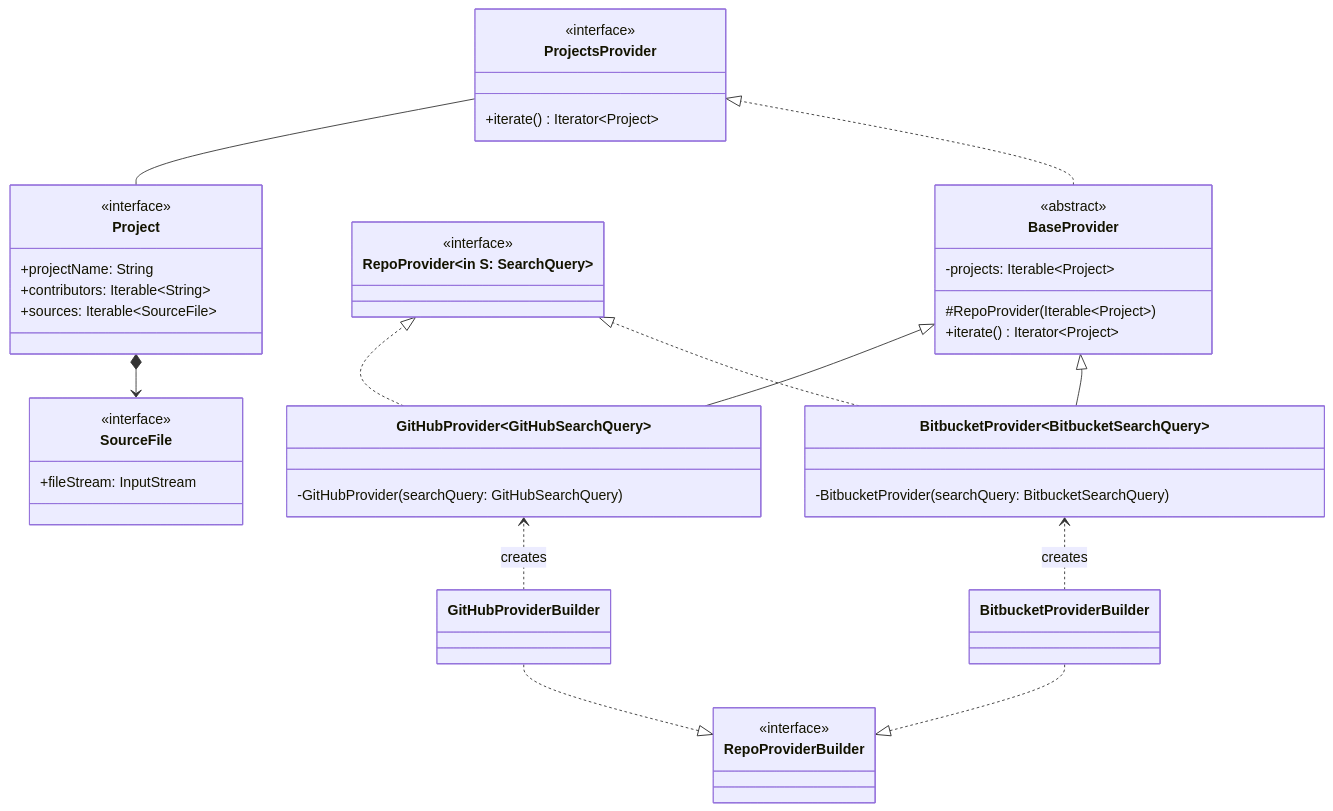
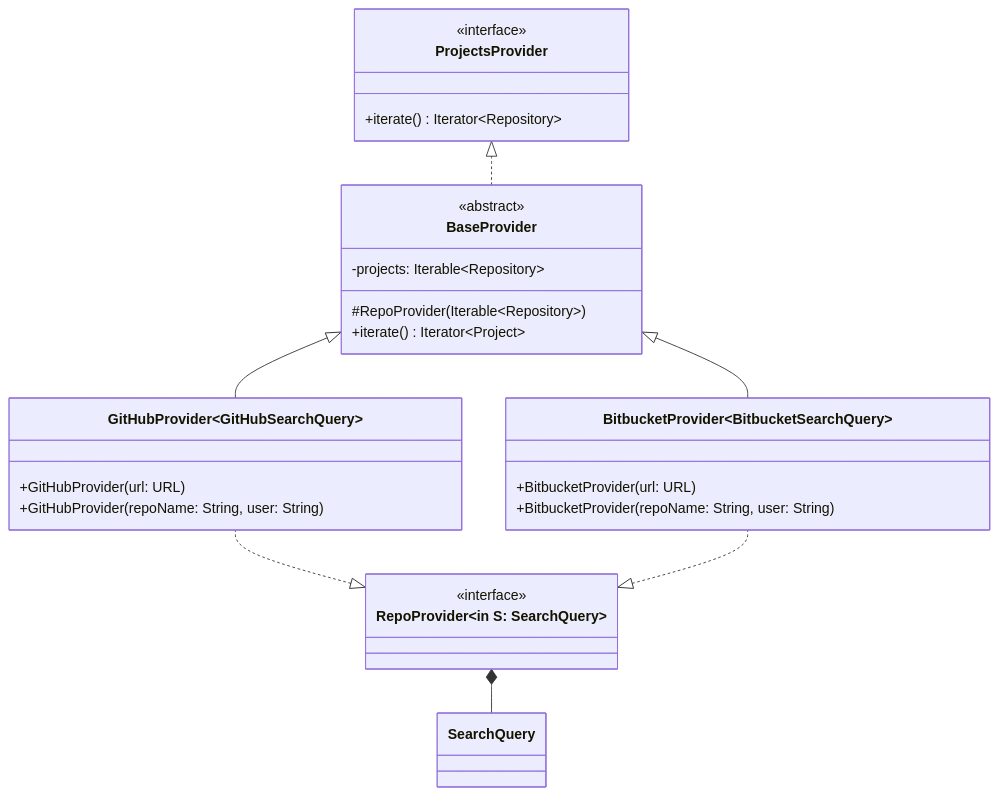
Before and after one commit to tassiLuca/code-plagiarism-detector-doc: the third of 8 diagrams in doc.md, drawn with Mermaid. The commit also changed other lines of this file, not shown here.

Commit message:
docs: add repository adapter, remove not useful comments

````diff
--- a/doc.md
+++ b/doc.md
@@ -122,56 +117,38 @@
 ```mermaid
 classDiagram
     direction BT
-    class Project {
-        <<interface>>
-        +projectName: String
-        +contributors: Iterable~String~
-        +sources: Iterable~SourceFile~
-    }
-    class SourceFile {
-        <<interface>>
-        +fileStream: InputStream
-    }
-    SourceFile <--* Project
 
     class ProjectsProvider {
         <<interface>>
+        +iterate() Iterator~Repository~
+    }
+
+    class BaseProvider {
+        <<abstract>>
+        -projects: Iterable~Repository~
+        #RepoProvider(Iterable~Repository~)
         +iterate() Iterator~Project~
     }
-    Project -- ProjectsProvider
+
+    class GitHubProvider~GitHubSearchQuery~ {
+        +GitHubProvider(url: URL)
+        +GitHubProvider(repoName: String, user: String)
+    }
+    class BitbucketProvider~BitbucketSearchQuery~ {
+        +BitbucketProvider(url: URL)
+        +BitbucketProvider(repoName: String, user: String)
+    }
+    BaseProvider ..|> ProjectsProvider
+    GitHubProvider --|> BaseProvider
+    BitbucketProvider --|> BaseProvider
 
     class RepoProvider~in S: SearchQuery~ {
         <<interface>>
     }
 
-    class GitHubProvider~GitHubSearchQuery~ {
-        -GitHubProvider(searchQuery: GitHubSearchQuery)
-    }
-    class BitbucketProvider~BitbucketSearchQuery~ {
-        -BitbucketProvider(searchQuery: BitbucketSearchQuery)
-    }
+    RepoProvider <|.. GitHubProvider
+    RepoProvider <|.. BitbucketProvider
 
-    GitHubProvider ..|> RepoProvider
-    BitbucketProvider ..|> RepoProvider
-
-    class BaseProvider {
-        <<abstract>>
-        -projects: Iterable~Project~
-        #RepoProvider(Iterable~Project~)
-        +iterate() Iterator~Project~
-    }
-    
-    BaseProvider ..|> ProjectsProvider
-    GitHubProvider --|> BaseProvider
-    BitbucketProvider --|> BaseProvider
-
-    class RepoProviderBuilder {
-        <<interface>>
-    }
-    class GitHubProviderBuilder
-    class BitbucketProviderBuilder
-    RepoProviderBuilder <|.. GitHubProviderBuilder
-    RepoProviderBuilder <|.. BitbucketProviderBuilder
-    GitHubProviderBuilder ..> GitHubProvider: creates
-    BitbucketProviderBuilder ..> BitbucketProvider: creates
+    class SearchQuery
+    SearchQuery --* RepoProvider
 ```
````
